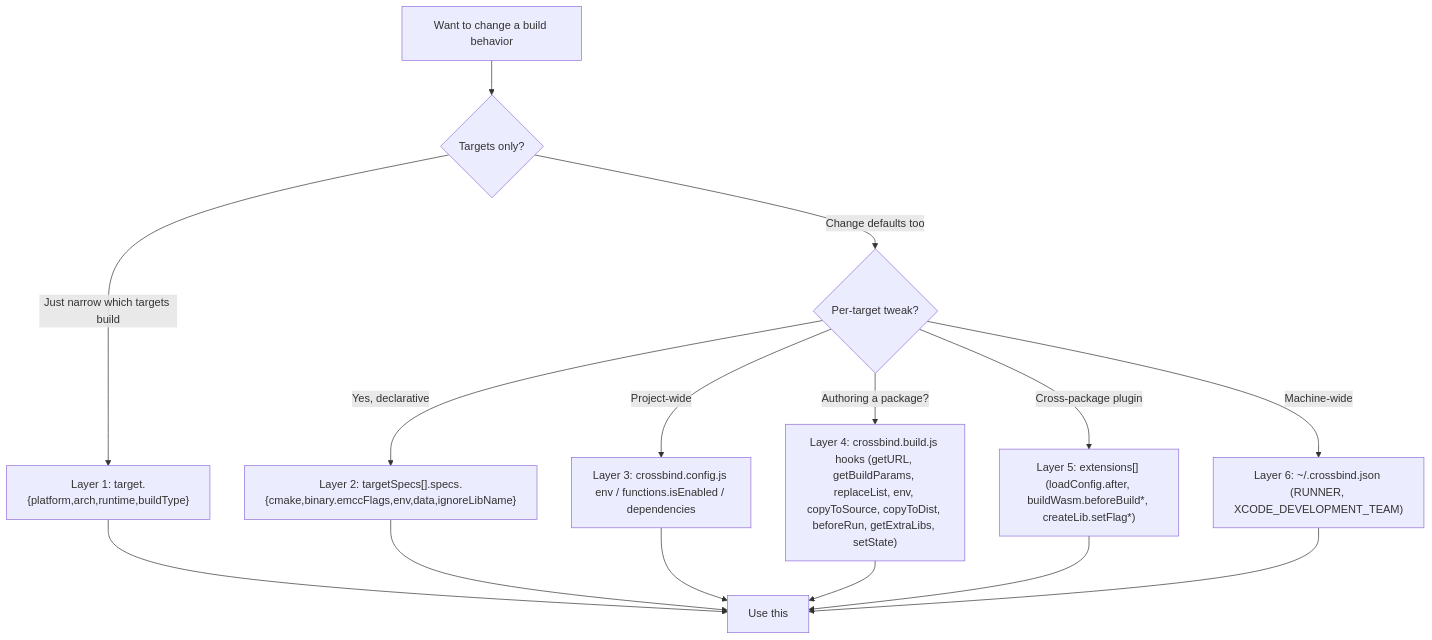
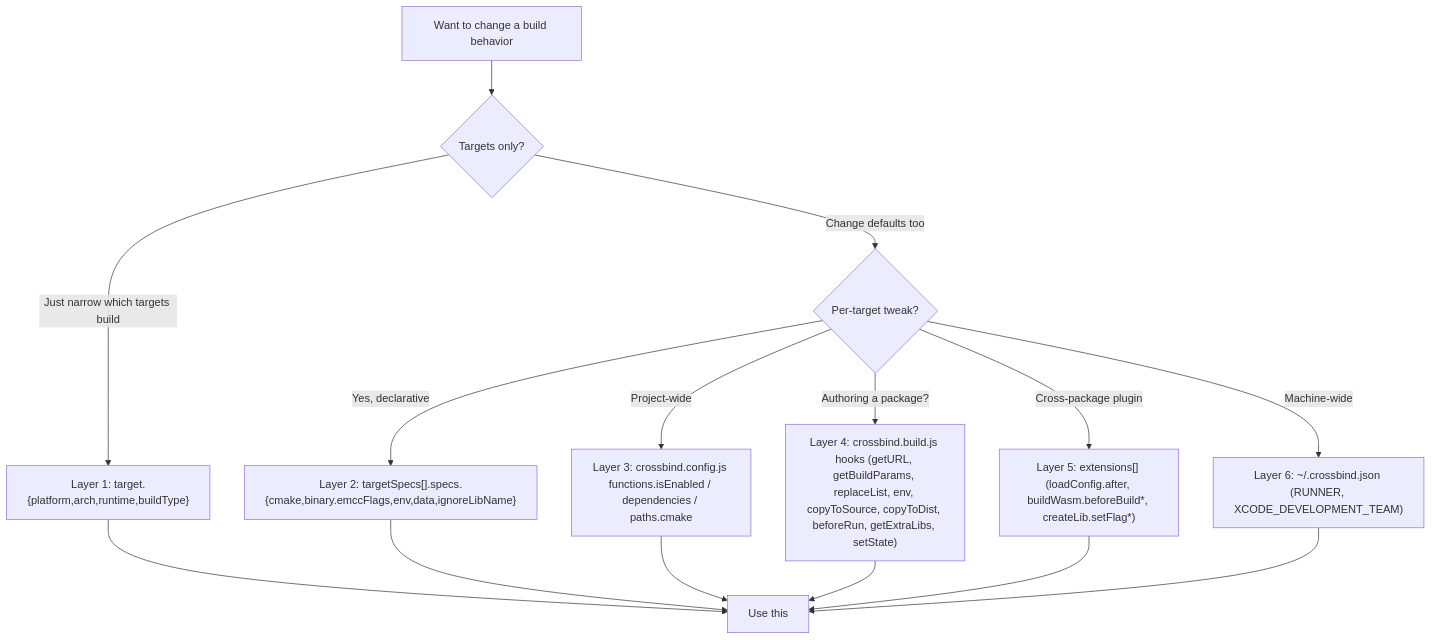
One commit to bugra9/cpp.js changed the second of 3 diagrams in docs/ARCHITECTURE.md. Above: the diagram before and after it, drawn with Mermaid. The commit also changed 33 other files, not shown here.

````diff
--- a/docs/ARCHITECTURE.md
+++ b/docs/ARCHITECTURE.md
@@ -132,17 +132,17 @@
 ```mermaid
 flowchart TD
     Q["Want to change a build behavior"] --> Filter{"Targets only?"}
     Filter -->|"Just narrow which targets build"| L1["Layer 1: target.{platform,arch,runtime,buildType}"]
     Filter -->|"Change defaults too"| Spec{"Per-target tweak?"}
     Spec -->|"Yes, declarative"| L2["Layer 2: targetSpecs[].specs.{cmake,binary.emccFlags,env,data,ignoreLibName}"]
-    Spec -->|"Project-wide"| L3a["Layer 3: crossbind.config.js env / functions.isEnabled / dependencies"]
+    Spec -->|"Project-wide"| L3a["Layer 3: crossbind.config.js functions.isEnabled / dependencies / paths.cmake"]
     Spec -->|"Authoring a package?"| L4["Layer 4: crossbind.build.js hooks (getURL, getBuildParams, replaceList, env, copyToSource, copyToDist, beforeRun, getExtraLibs, setState)"]
     Spec -->|"Cross-package plugin"| L5["Layer 5: extensions[] (loadConfig.after, buildWasm.beforeBuild*, createLib.setFlag*)"]
     Spec -->|"Machine-wide"| L6["Layer 6: ~/.crossbind.json (RUNNER, XCODE_DEVELOPMENT_TEAM)"]
     L1 --> Done[Use this]
     L2 --> Done
     L3a --> Done
     L4 --> Done
     L5 --> Done
     L6 --> Done
 ```
````
